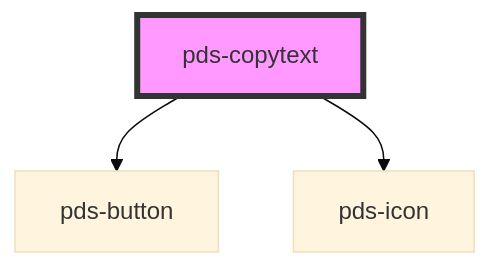
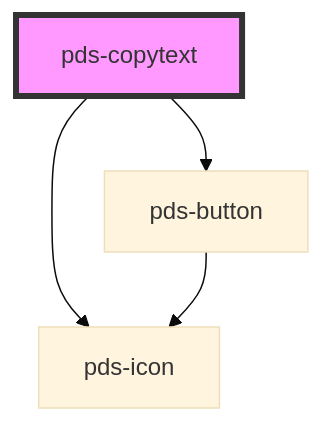
Before and after one commit to Kajabi/pine: the diagram in libs/core/src/components/pds-copytext/readme.md, drawn with Mermaid (base theme). The commit also changed 3 other files, not shown here.

Commit message:
docs(button): update docs to reflect icon updates

````diff
--- a/libs/core/src/components/pds-copytext/readme.md
+++ b/libs/core/src/components/pds-copytext/readme.md
@@ -34,6 +34,7 @@
 ```mermaid
 graph TD;
   pds-copytext --> pds-button
   pds-copytext --> pds-icon
+  pds-button --> pds-icon
   style pds-copytext fill:#f9f,stroke:#333,stroke-width:4px
 ```
````
